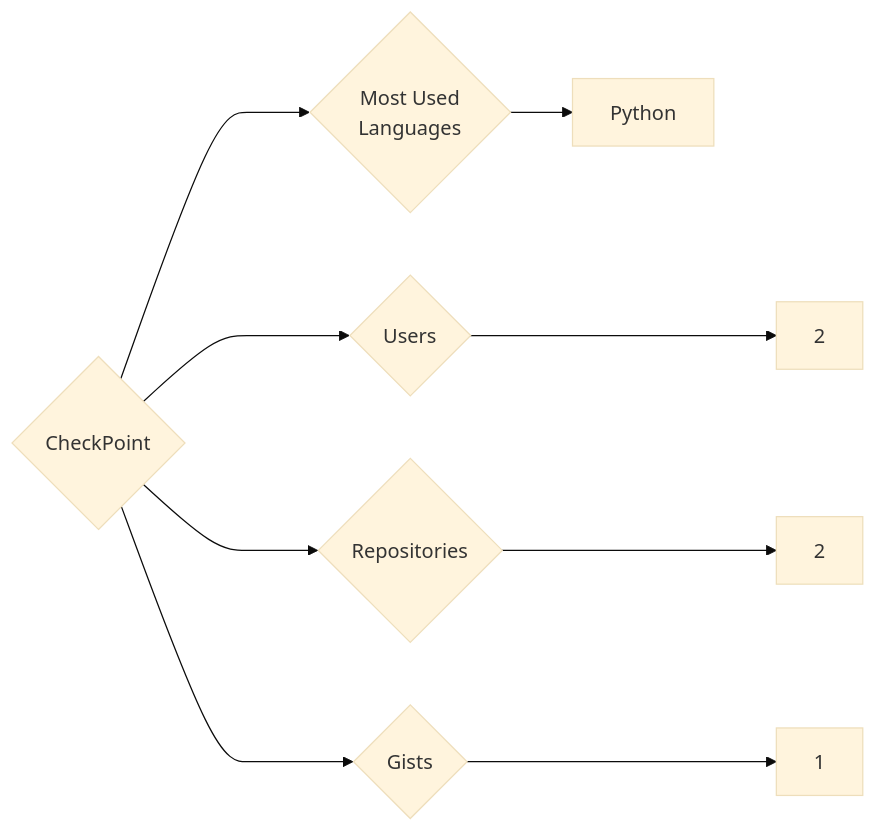
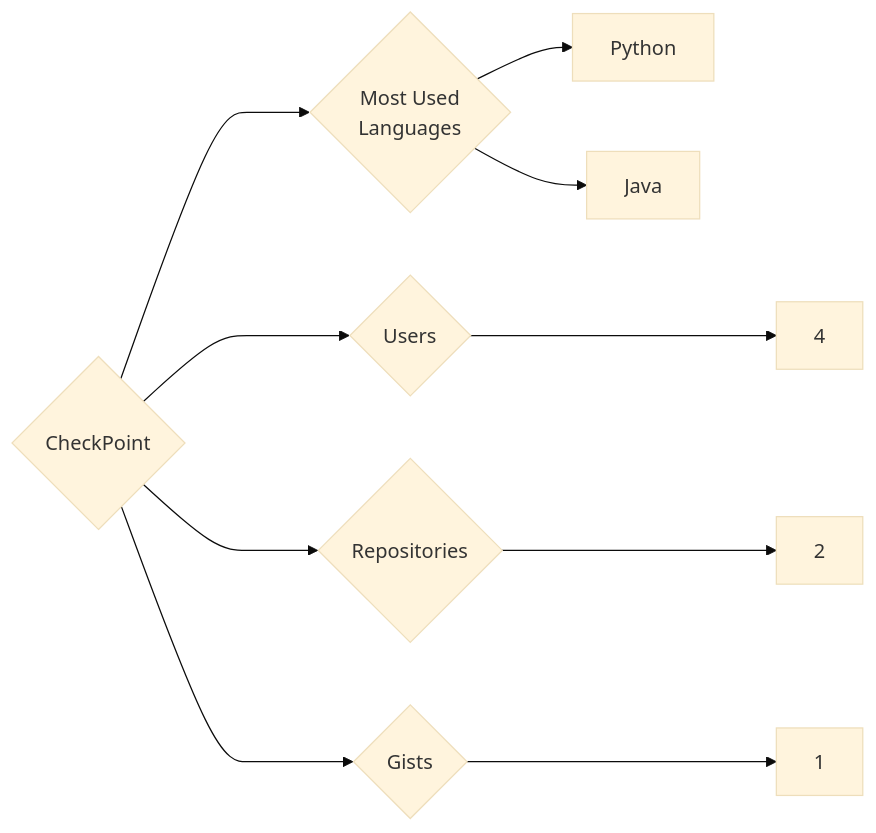
The diagram in targets/CheckPoint/README.md (trickest/insiders), drawn with Mermaid (base theme) before and after one commit. The commit also changed 938 other files, not shown here.

````diff
--- a/targets/CheckPoint/README.md
+++ b/targets/CheckPoint/README.md
@@ -3,9 +3,10 @@
 ```mermaid
 graph LR
 COMPANY_NAME{CheckPoint}
-COMPANY_NAME ---> U{Users} ---> UN[2]
+COMPANY_NAME ---> U{Users} ---> UN[4]
 COMPANY_NAME ---> R{Repositories} ---> RN[2]
 COMPANY_NAME ---> G{Gists} ---> GN[1]
 COMPANY_NAME ---> ML{Most Used<br>Languages}
 ML --> Python[Python]
+ML --> Java[Java]
 ```
````
